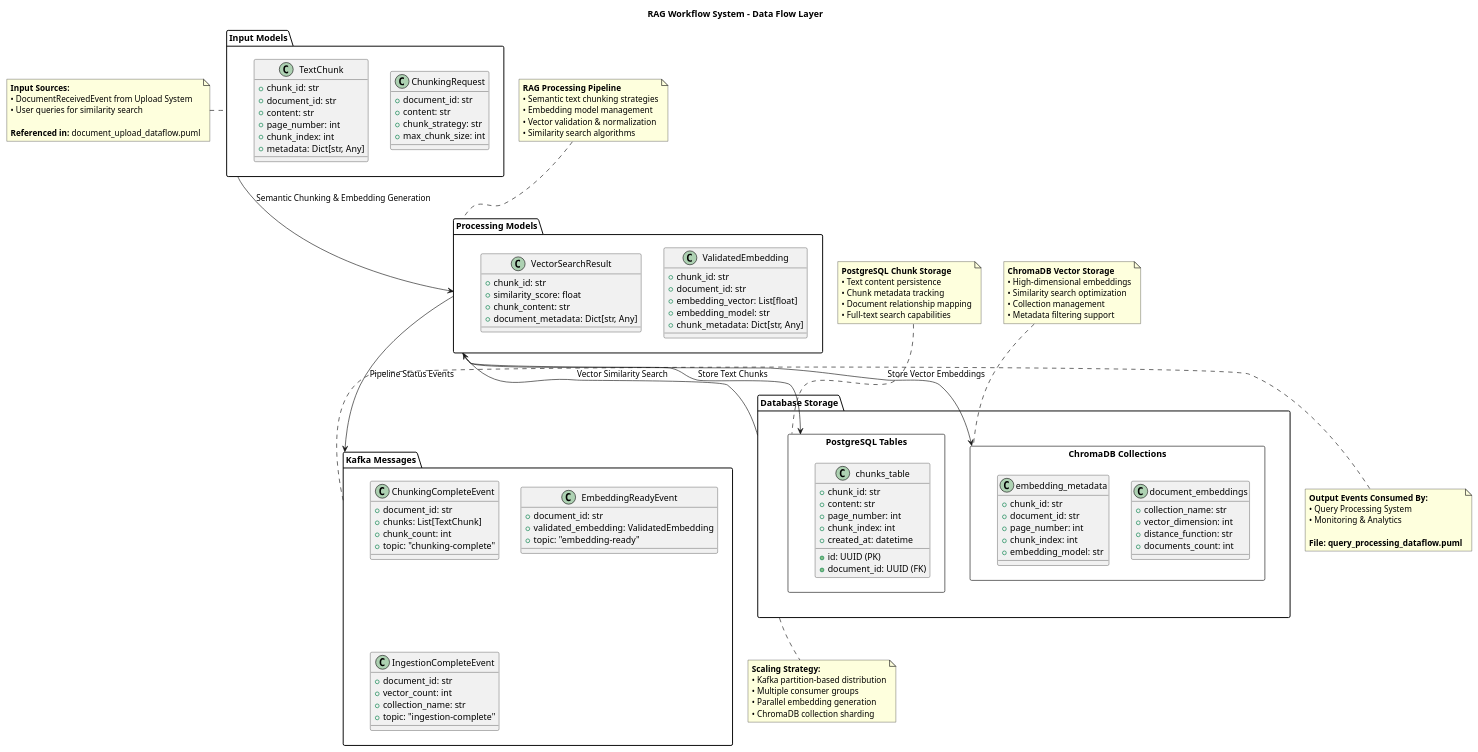
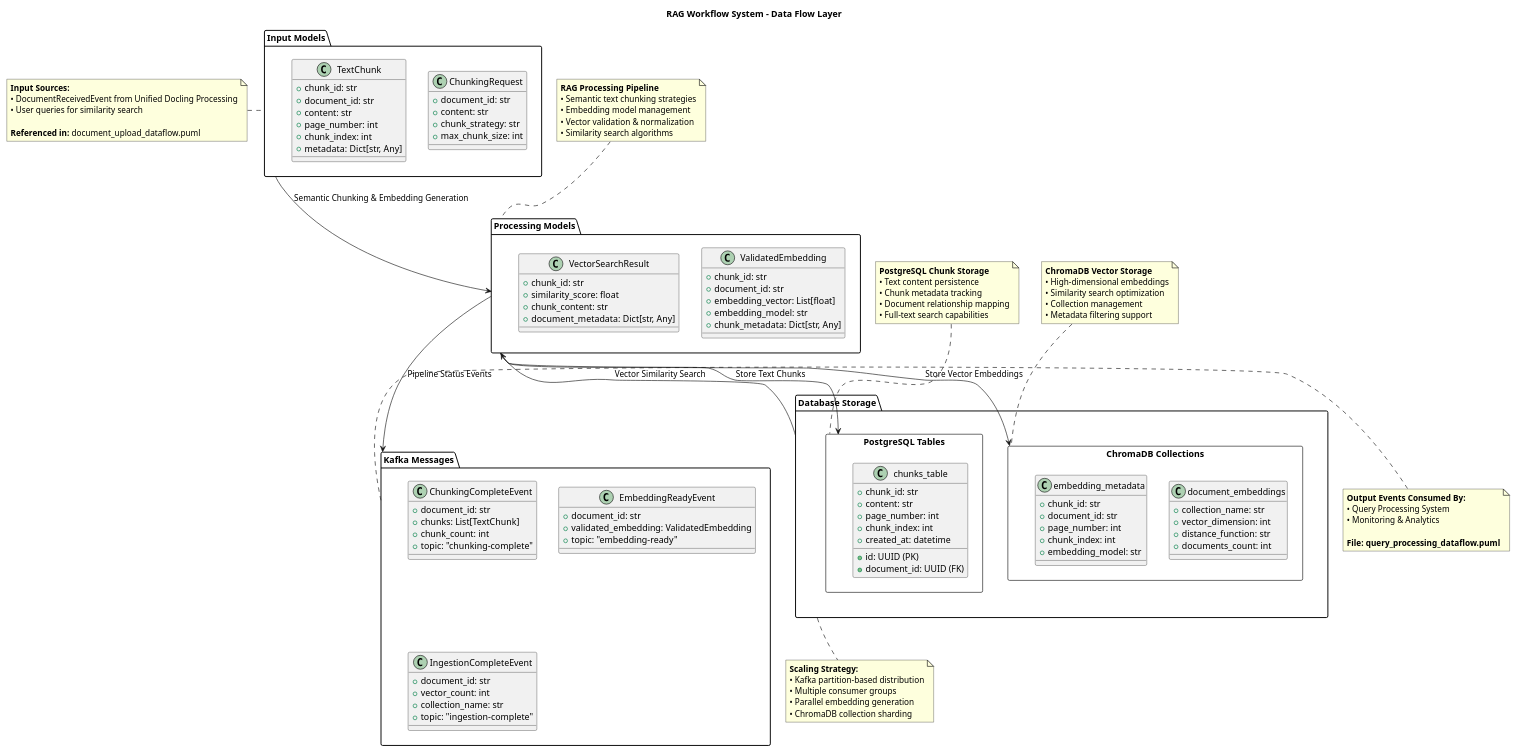
Before and after one commit to h19overflow/scaled_processing: the diagram in docs/data_flow/rag_workflow_dataflow.puml, drawn with PlantUML. The commit also changed 23 other files, not shown here.

```diff
--- a/docs/data_flow/rag_workflow_dataflow.puml
+++ b/docs/data_flow/rag_workflow_dataflow.puml
@@ -1,153 +1,153 @@
 @startuml rag_workflow_dataflow
 title RAG Workflow System - Data Flow Layer
 
 ' Input Models
 package "Input Models" as rag_input {
     class ChunkingRequest {
         +document_id: str
         +content: str
         +chunk_strategy: str
         +max_chunk_size: int
     }
     
     class TextChunk {
         +chunk_id: str
         +document_id: str
         +content: str
         +page_number: int
         +chunk_index: int
         +metadata: Dict[str, Any]
     }
 }
 
 ' Processing Models
 package "Processing Models" as rag_processing {
     class ValidatedEmbedding {
         +chunk_id: str
         +document_id: str
         +embedding_vector: List[float]
         +embedding_model: str
         +chunk_metadata: Dict[str, Any]
     }
     
     class VectorSearchResult {
         +chunk_id: str
         +similarity_score: float
         +chunk_content: str
         +document_metadata: Dict[str, Any]
     }
 }
 
 ' Database Models
 package "Database Storage" as rag_storage {
     rectangle "PostgreSQL Tables" as pg_tables {
         class chunks_table {
             +id: UUID (PK)
             +document_id: UUID (FK)
             +chunk_id: str
             +content: str
             +page_number: int
             +chunk_index: int
             +created_at: datetime
         }
     }
     
     rectangle "ChromaDB Collections" as chroma_collections {
         class document_embeddings {
             +collection_name: str
             +vector_dimension: int
             +distance_function: str
             +documents_count: int
         }
         
         class embedding_metadata {
             +chunk_id: str
             +document_id: str
             +page_number: int
             +chunk_index: int
             +embedding_model: str
         }
     }
 }
 
 ' Kafka Messages
 package "Kafka Messages" as rag_kafka {
     class ChunkingCompleteEvent {
         +document_id: str
         +chunks: List[TextChunk]
         +chunk_count: int
         +topic: "chunking-complete"
     }
     
     class EmbeddingReadyEvent {
         +document_id: str
         +validated_embedding: ValidatedEmbedding
         +topic: "embedding-ready"
     }
     
     class IngestionCompleteEvent {
         +document_id: str
         +vector_count: int
         +collection_name: str
         +topic: "ingestion-complete"
     }
 }
 
 ' Data Flow Connections
 rag_input --> rag_processing : "Semantic Chunking & Embedding Generation"
 rag_processing --> pg_tables : "Store Text Chunks"
 rag_processing --> chroma_collections : "Store Vector Embeddings"
 rag_processing --> rag_kafka : "Pipeline Status Events"
 
 ' Query Integration
 rag_storage --> rag_processing : "Vector Similarity Search"
 
 note left of rag_input
     **Input Sources:**
-    • DocumentReceivedEvent from Upload System
+    • DocumentReceivedEvent from Unified Docling Processing
     • User queries for similarity search
     
     **Referenced in:** document_upload_dataflow.puml
 end note
 
 note top of rag_processing
     **RAG Processing Pipeline**
     • Semantic text chunking strategies
     • Embedding model management
     • Vector validation & normalization
     • Similarity search algorithms
 end note
 
 note top of pg_tables
     **PostgreSQL Chunk Storage**
     • Text content persistence
     • Chunk metadata tracking
     • Document relationship mapping
     • Full-text search capabilities
 end note
 
 note top of chroma_collections
     **ChromaDB Vector Storage**
     • High-dimensional embeddings
     • Similarity search optimization
     • Collection management
     • Metadata filtering support
 end note
 
 note right of rag_kafka
     **Output Events Consumed By:**
     • Query Processing System
     • Monitoring & Analytics
     
     **File: query_processing_dataflow.puml**
 end note
 
 note bottom of rag_storage
     **Scaling Strategy:**
     • Kafka partition-based distribution
     • Multiple consumer groups
     • Parallel embedding generation
     • ChromaDB collection sharding
 end note
 
 @enduml
```
